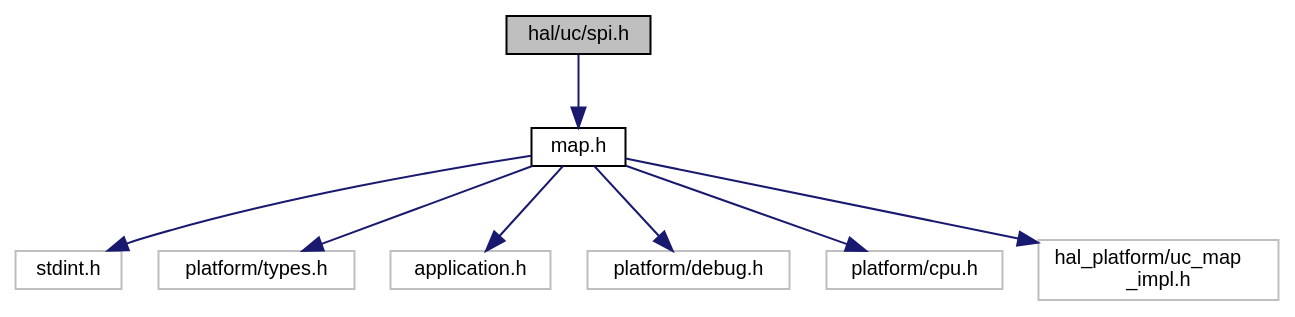
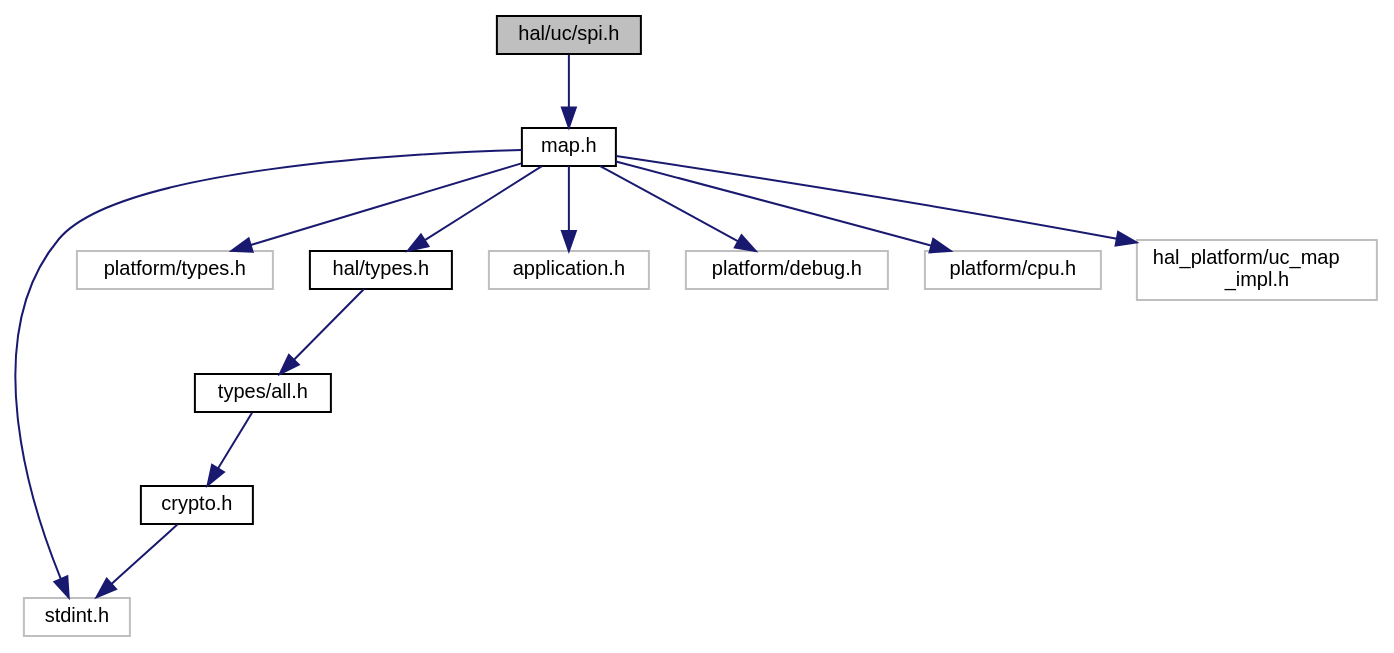
Before and after one commit to ebs-universe/piolib-hal-uc: the diagram in spi_8h__incl.dot, drawn with Graphviz. The commit also changed 189 other files, not shown here.

```diff
--- a/spi_8h__incl.dot
+++ b/spi_8h__incl.dot
@@ -1,23 +1,30 @@
 digraph "hal/uc/spi.h"
 {
  // INTERACTIVE_SVG=YES
  // LATEX_PDF_SIZE
   bgcolor="transparent";
   edge [fontname="Helvetica",fontsize="10",labelfontname="Helvetica",labelfontsize="10"];
   node [fontname="Helvetica",fontsize="10",shape=record];
   Node1 [label="hal/uc/spi.h",height=0.2,width=0.4,color="black", fillcolor="grey75", style="filled", fontcolor="black",tooltip="HAL for SPI interfaces."];
   Node1 -> Node2 [color="midnightblue",fontsize="10",style="solid",fontname="Helvetica"];
   Node2 [label="map.h",height=0.2,width=0.4,color="black",URL="$map_8h.html",tooltip="HAL for uC Peripheral Map."];
   Node2 -> Node3 [color="midnightblue",fontsize="10",style="solid",fontname="Helvetica"];
   Node3 [label="stdint.h",height=0.2,width=0.4,color="grey75",tooltip=" "];
   Node2 -> Node4 [color="midnightblue",fontsize="10",style="solid",fontname="Helvetica"];
   Node4 [label="platform/types.h",height=0.2,width=0.4,color="grey75",tooltip=" "];
   Node2 -> Node5 [color="midnightblue",fontsize="10",style="solid",fontname="Helvetica"];
-  Node5 [label="application.h",height=0.2,width=0.4,color="grey75",tooltip=" "];
-  Node2 -> Node6 [color="midnightblue",fontsize="10",style="solid",fontname="Helvetica"];
-  Node6 [label="platform/debug.h",height=0.2,width=0.4,color="grey75",tooltip=" "];
-  Node2 -> Node7 [color="midnightblue",fontsize="10",style="solid",fontname="Helvetica"];
-  Node7 [label="platform/cpu.h",height=0.2,width=0.4,color="grey75",tooltip=" "];
+  Node5 [label="hal/types.h",height=0.2,width=0.4,color="black",URL="$types_8h_source.html",tooltip=" "];
+  Node5 -> Node6 [color="midnightblue",fontsize="10",style="solid",fontname="Helvetica"];
+  Node6 [label="types/all.h",height=0.2,width=0.4,color="black",URL="$types_2all_8h_source.html",tooltip=" "];
+  Node6 -> Node7 [color="midnightblue",fontsize="10",style="solid",fontname="Helvetica"];
+  Node7 [label="crypto.h",height=0.2,width=0.4,color="black",URL="$types_2crypto_8h_source.html",tooltip=" "];
+  Node7 -> Node3 [color="midnightblue",fontsize="10",style="solid",fontname="Helvetica"];
   Node2 -> Node8 [color="midnightblue",fontsize="10",style="solid",fontname="Helvetica"];
-  Node8 [label="hal_platform/uc_map\l_impl.h",height=0.2,width=0.4,color="grey75",tooltip=" "];
+  Node8 [label="application.h",height=0.2,width=0.4,color="grey75",tooltip=" "];
+  Node2 -> Node9 [color="midnightblue",fontsize="10",style="solid",fontname="Helvetica"];
+  Node9 [label="platform/debug.h",height=0.2,width=0.4,color="grey75",tooltip=" "];
+  Node2 -> Node10 [color="midnightblue",fontsize="10",style="solid",fontname="Helvetica"];
+  Node10 [label="platform/cpu.h",height=0.2,width=0.4,color="grey75",tooltip=" "];
+  Node2 -> Node11 [color="midnightblue",fontsize="10",style="solid",fontname="Helvetica"];
+  Node11 [label="hal_platform/uc_map\l_impl.h",height=0.2,width=0.4,color="grey75",tooltip=" "];
 }
```
